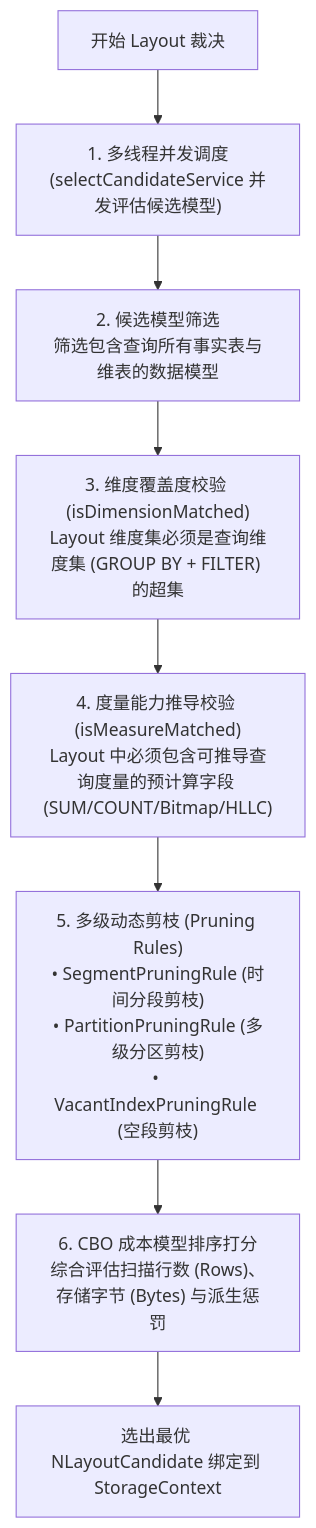
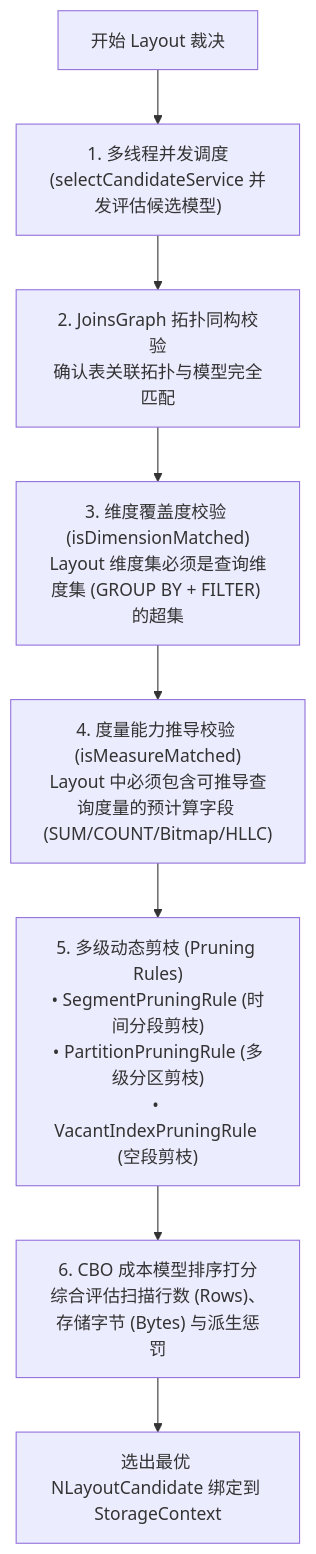
The fourth of 5 diagrams in posts/2026-08-18-kylin-query-engine-03-olap-context-and-cbo.md (Mrhs121/mrhs121.github.io), drawn with Mermaid before and after one commit. The commit also changed other lines of this file, not shown here.

Commit message:
docs: 深度细化第三篇，全面剖析 JoinsGraph 图同构匹配、双向交换边与 LeftOrInner 归一化

````diff
--- a/posts/2026-08-18-kylin-query-engine-03-olap-context-and-cbo.md
+++ b/posts/2026-08-18-kylin-query-engine-03-olap-context-and-cbo.md
@@ -121,10 +214,10 @@
 ```mermaid
 flowchart TD
     Start["开始 Layout 裁决"] --> ThreadPool["1. 多线程并发调度<br/>(selectCandidateService 并发评估候选模型)"]
-    ThreadPool --> ModelFilter["2. 候选模型筛选<br/>筛选包含查询所有事实表与维表的数据模型"]
-    ModelFilter --> DimCheck["3. 维度覆盖度校验 (isDimensionMatched)<br/>Layout 维度集必须是查询维度集 (GROUP BY + FILTER) 的超集"]
+    ThreadPool --> TopologyCheck["2. JoinsGraph 拓扑同构校验<br/>确认表关联拓扑与模型完全匹配"]
+    TopologyCheck --> DimCheck["3. 维度覆盖度校验 (isDimensionMatched)<br/>Layout 维度集必须是查询维度集 (GROUP BY + FILTER) 的超集"]
     DimCheck --> MeasureCheck["4. 度量能力推导校验 (isMeasureMatched)<br/>Layout 中必须包含可推导查询度量的预计算字段 (SUM/COUNT/Bitmap/HLLC)"]
     MeasureCheck --> MultiPruning["5. 多级动态剪枝 (Pruning Rules)<br/>• SegmentPruningRule (时间分段剪枝)<br/>• PartitionPruningRule (多级分区剪枝)<br/>• VacantIndexPruningRule (空段剪枝)"]
     MultiPruning --> CostScore["6. CBO 成本模型排序打分<br/>综合评估扫描行数 (Rows)、存储字节 (Bytes) 与派生惩罚"]
     CostScore --> PickBest["选出最优 NLayoutCandidate 绑定到 StorageContext"]
 ```
````
